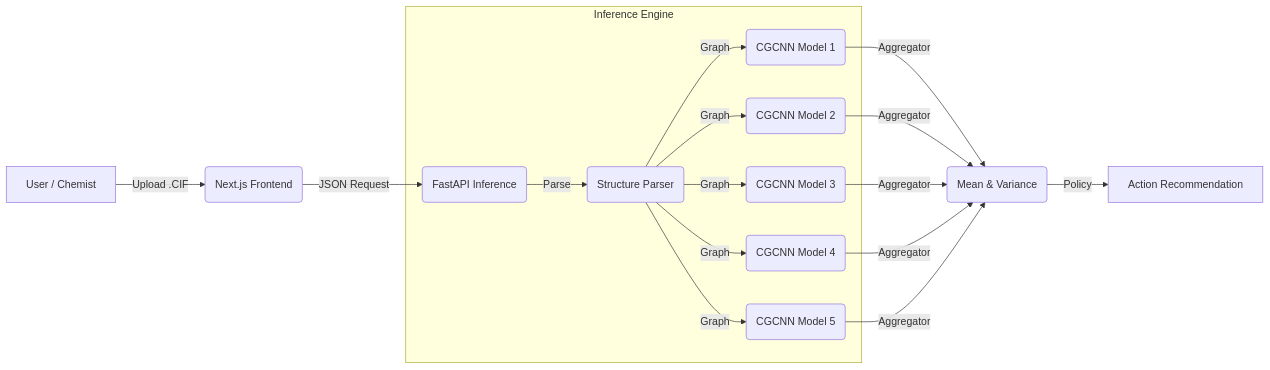
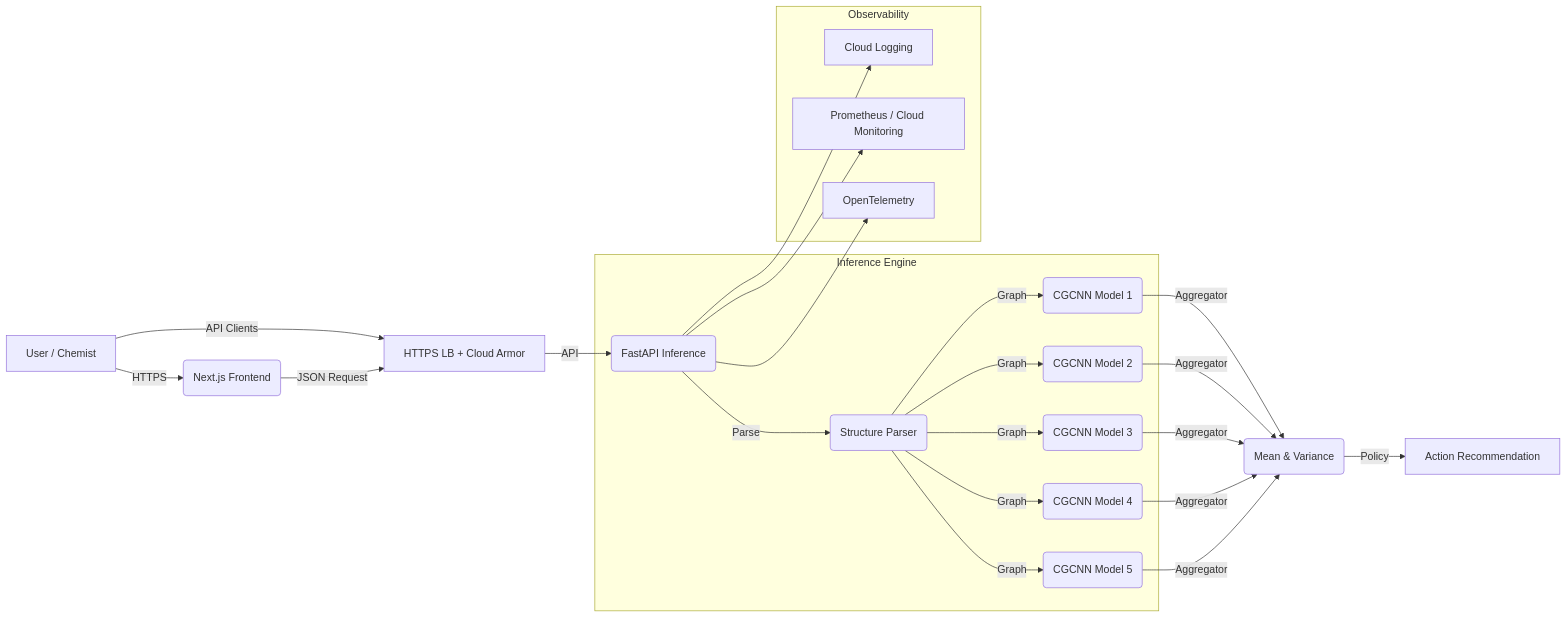
Before and after one commit to ErenAri/cathode-screening: the diagram in README.md, drawn with Mermaid. The commit also changed other lines of this file and 47 other files, not shown here.

````diff
--- a/README.md
+++ b/README.md
@@ -45,15 +45,25 @@
 ```mermaid
 graph LR
-    User[User / Chemist] -->|Upload .CIF| FE(Next.js Frontend)
-    FE -->|JSON Request| API(FastAPI Inference)
+    User[User / Chemist] -->|HTTPS| FE(Next.js Frontend)
+    User -->|API Clients| Edge[HTTPS LB + Cloud Armor]
+    FE -->|JSON Request| Edge
+    Edge -->|API| API(FastAPI Inference)
     subgraph "Inference Engine"
         API -->|Parse| Pymatgen(Structure Parser)
         Pymatgen -->|Graph| GNN1(CGCNN Model 1)
         Pymatgen -->|Graph| GNN2(CGCNN Model 2)
         Pymatgen -->|Graph| GNN3(CGCNN Model 3)
         Pymatgen -->|Graph| GNN4(CGCNN Model 4)
         Pymatgen -->|Graph| GNN5(CGCNN Model 5)
     end
-    GNN1 & GNN2 & GNN3 & GNN4 & GNN5 -->|Aggregator| Stats(Mean & Variance)
+    GNN1 & GNN2 & GNN3 & GNN4 & GNN5 -->|Aggregator| Stats(Mean & Variance)     
     Stats -->|Policy| Result[Action Recommendation]
+    subgraph "Observability"
+        Logs[Cloud Logging]
+        Metrics[Prometheus / Cloud Monitoring]
+        Traces[OpenTelemetry]
+    end
+    API --> Logs
+    API --> Metrics
+    API --> Traces
 ```
````
